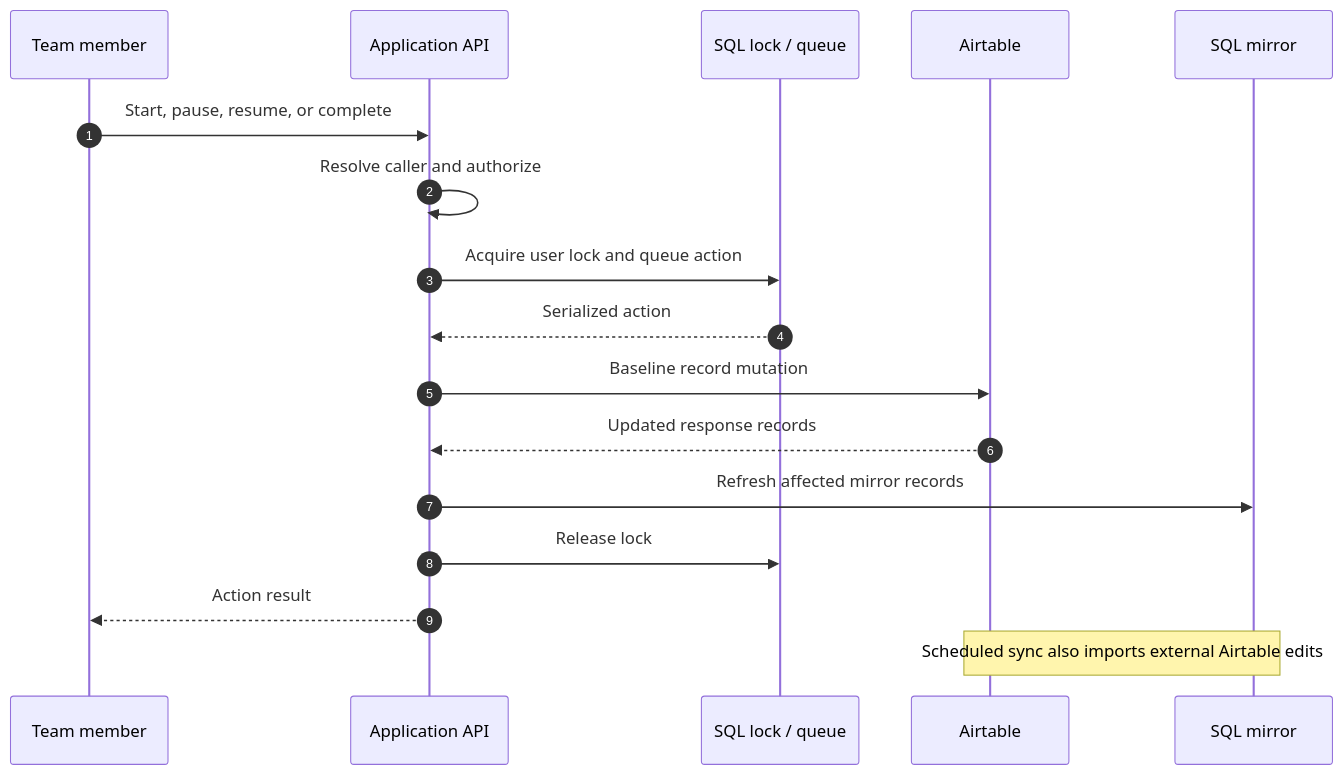
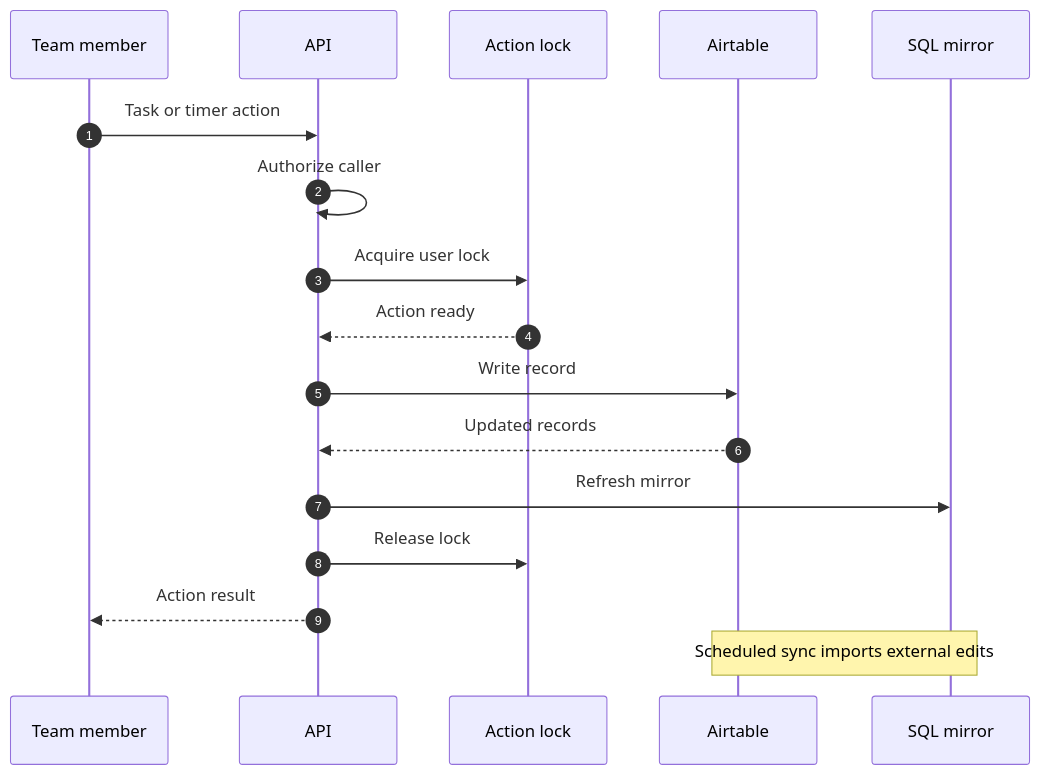
One commit to zulfkicar/zulfkicar.github.io changed the diagram in case-studies/diagrams/workforce-action.mmd. Above: the diagram before and after it, drawn with Mermaid. The commit also changed 36 other files, not shown here.

Commit message:
Polish architecture maps and add system-aware portfolio themes

```diff
--- a/case-studies/diagrams/workforce-action.mmd
+++ b/case-studies/diagrams/workforce-action.mmd
@@ -1,17 +1,17 @@
 sequenceDiagram
   autonumber
   participant User as Team member
-  participant API as Application API
-  participant Lock as SQL lock / queue
+  participant API as API
+  participant Lock as Action lock
   participant AT as Airtable
   participant DB as SQL mirror
-  User->>API: Start, pause, resume, or complete
-  API->>API: Resolve caller and authorize
-  API->>Lock: Acquire user lock and queue action
-  Lock-->>API: Serialized action
-  API->>AT: Baseline record mutation
-  AT-->>API: Updated response records
-  API->>DB: Refresh affected mirror records
+  User->>API: Task or timer action
+  API->>API: Authorize caller
+  API->>Lock: Acquire user lock
+  Lock-->>API: Action ready
+  API->>AT: Write record
+  AT-->>API: Updated records
+  API->>DB: Refresh mirror
   API->>Lock: Release lock
   API-->>User: Action result
-  Note over AT,DB: Scheduled sync also imports external Airtable edits
+  Note over AT,DB: Scheduled sync imports external edits
```
